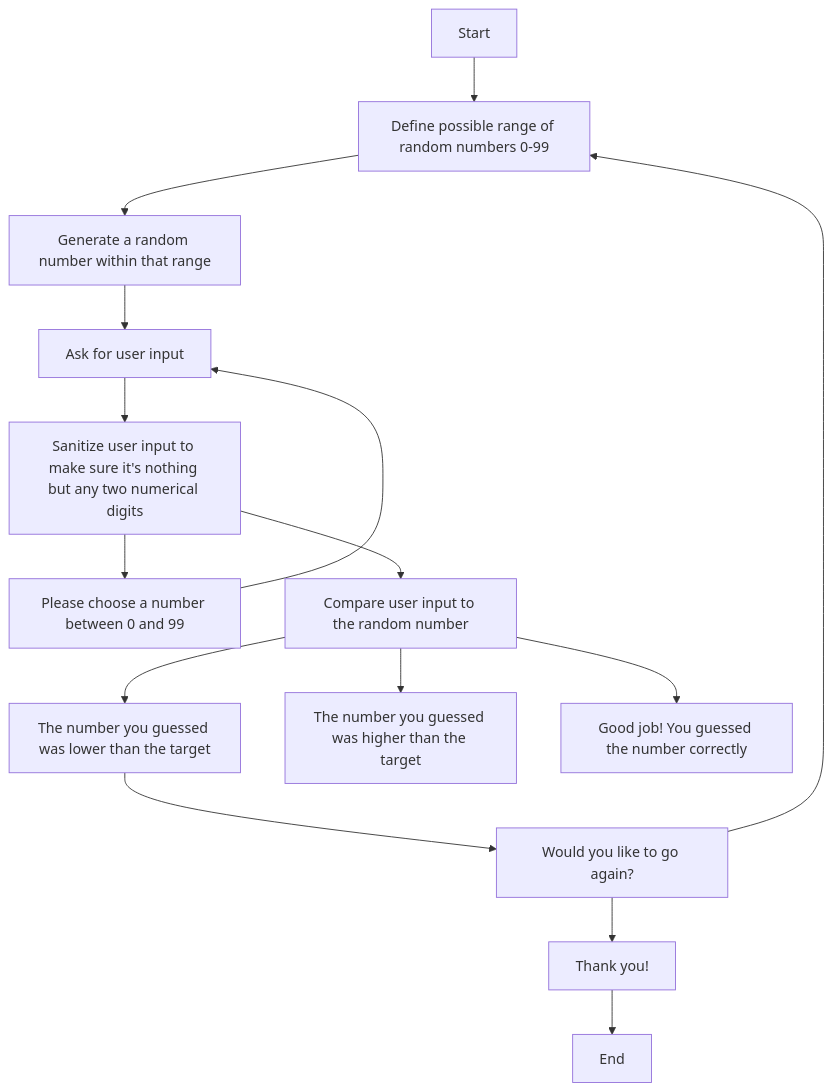
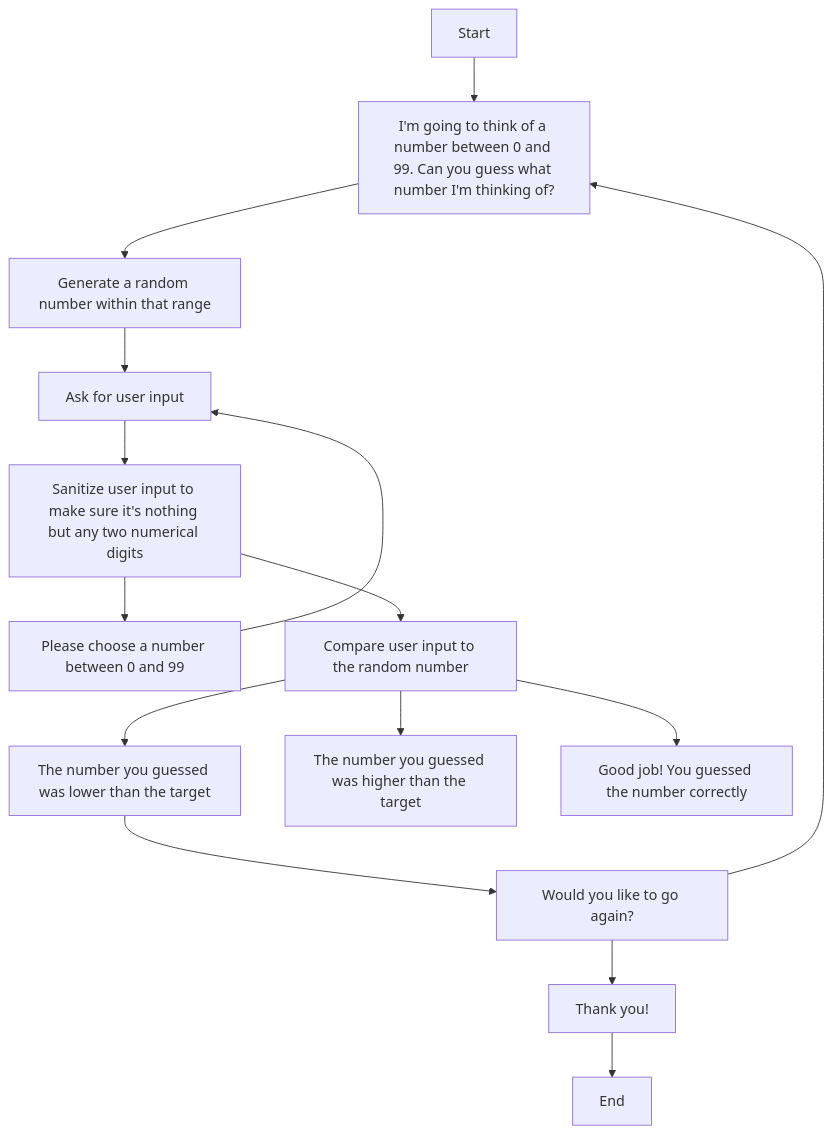
Before and after one commit to melanieb98/melanieb98: the diagram in Diagram.md, drawn with Mermaid.

````diff
--- a/Diagram.md
+++ b/Diagram.md
@@ -1,20 +1,20 @@
 ```mermaid
 
 flowchart TD
 
-    Start[Start]-->st1[Define possible range of random numbers 0-99];
+    Start[Start]-->st1["I'm going to think of a number between 0 and 99. Can you guess what number I'm thinking of?"];
     st1-->st1.1[Generate a random number within that range];
     st1.1-->st2[Ask for user input];
     st2-->st3[Sanitize user input to make sure it's nothing but any two numerical digits];
     st3-->st3.1[Please choose a number between 0 and 99];
     st3.1-->st2;
     st3-->st4[Compare user input to the random number];
     st4-->lower[The number you guessed was lower than the target];
     st4-->higher[The number you guessed was higher than the target];
     st4-->correct[Good job! You guessed the number correctly];
     lower-->repeat[Would you like to go again?];
     repeat-->st1;
     repeat-->stop[Thank you!];
     stop-->End[End];
 
 ```
````
